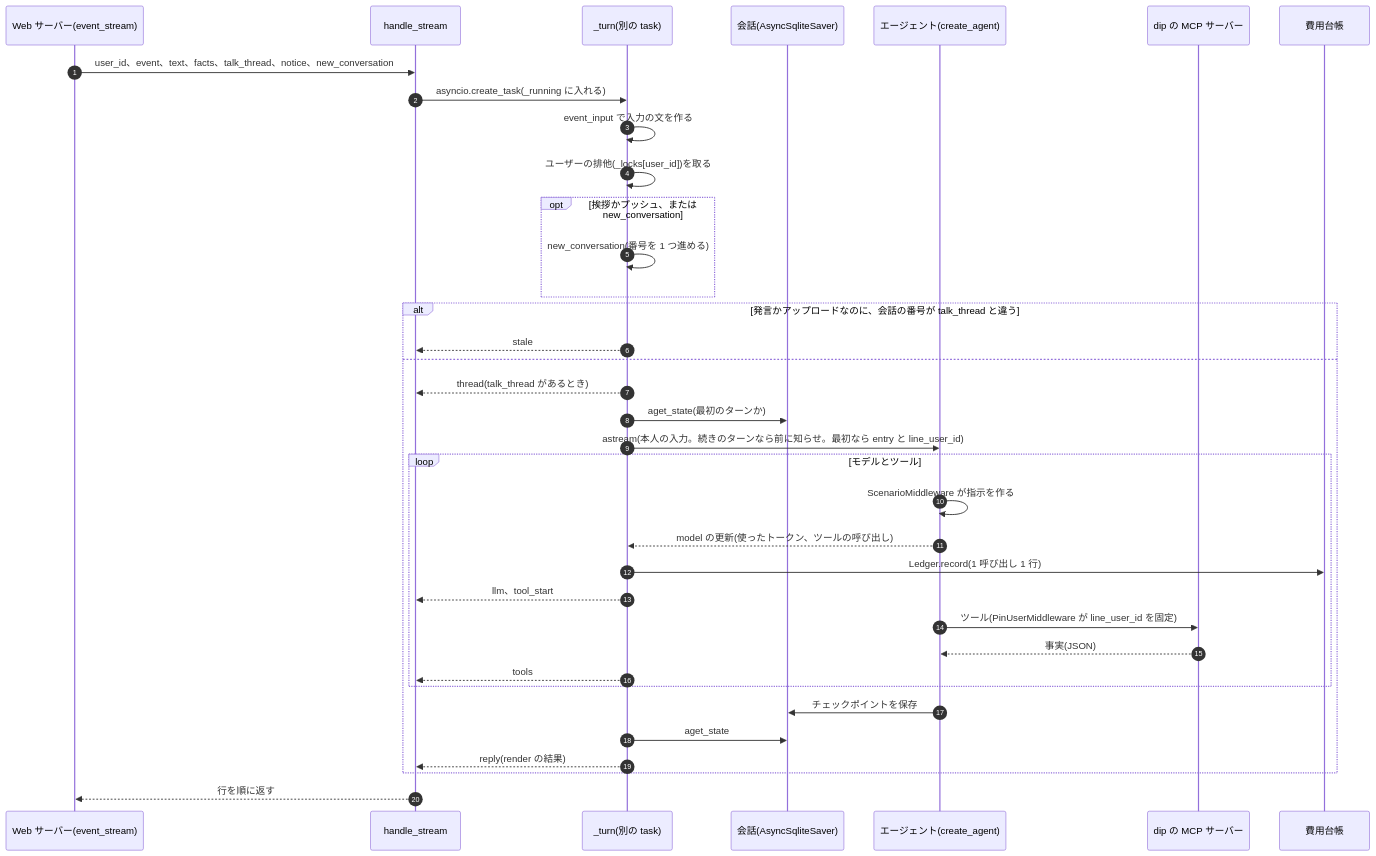
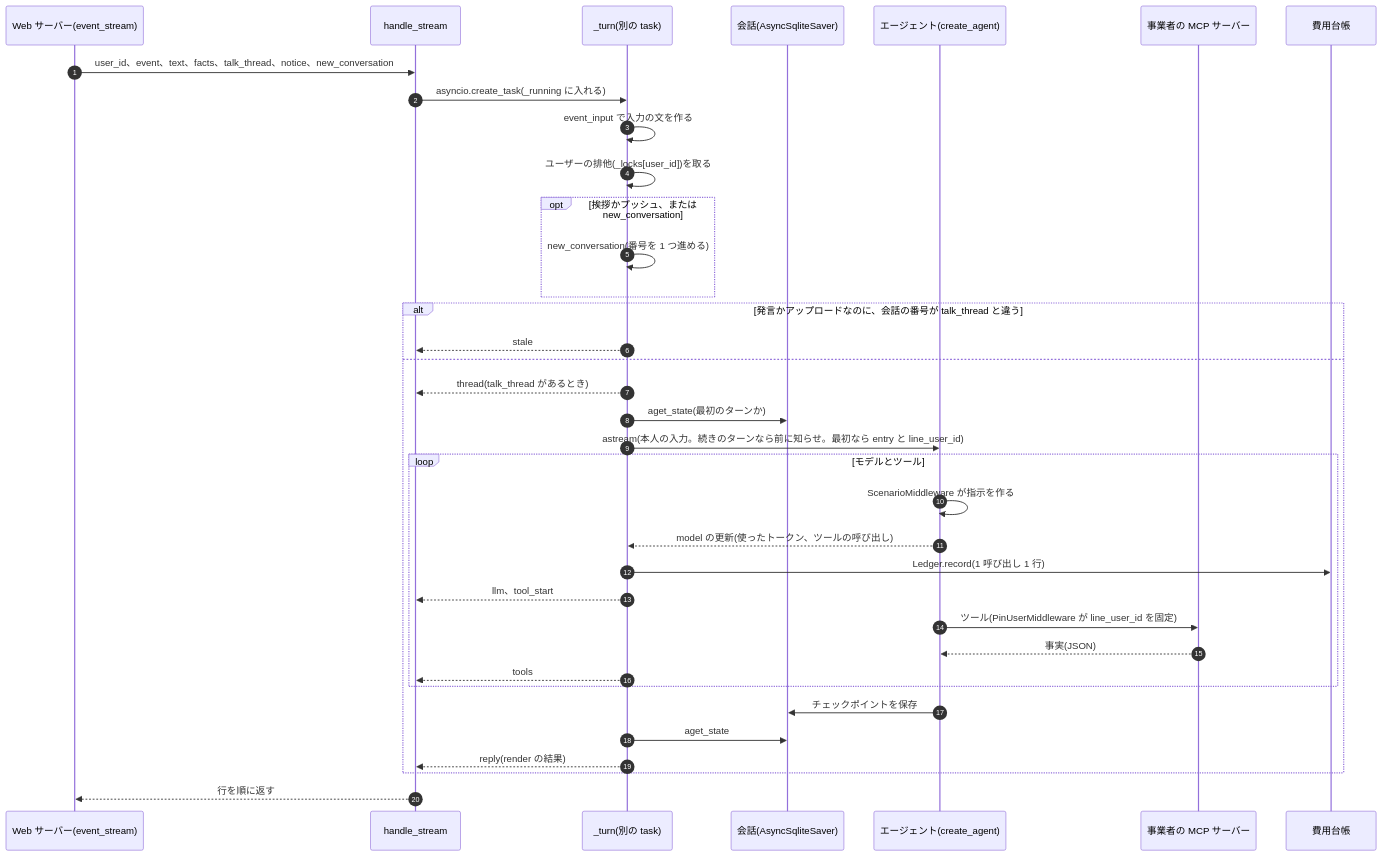
Before and after one commit to jyoka/aica: the fifth of 12 diagrams in docs/architecture/lld.md, drawn with Mermaid. The commit also changed other lines of this file and 51 other files, not shown here.

````diff
--- a/docs/architecture/lld.md
+++ b/docs/architecture/lld.md
@@ -793,39 +793,39 @@
 ```mermaid
 sequenceDiagram
     autonumber
     participant S as Web サーバー(event_stream)
     participant H as handle_stream
     participant T as _turn(別の task)
     participant C as 会話(AsyncSqliteSaver)
     participant G as エージェント(create_agent)
-    participant D as dip の MCP サーバー
+    participant D as 事業者の MCP サーバー
     participant L as 費用台帳
 
     S->>H: user_id、event、text、facts、talk_thread、notice、new_conversation
     H->>T: asyncio.create_task(_running に入れる)
     T->>T: event_input で入力の文を作る
     T->>T: ユーザーの排他(_locks[user_id])を取る
     opt 挨拶かプッシュ、または new_conversation
         T->>T: new_conversation(番号を 1 つ進める)
     end
     alt 発言かアップロードなのに、会話の番号が talk_thread と違う
         T-->>H: stale
     else
         T-->>H: thread(talk_thread があるとき)
         T->>C: aget_state(最初のターンか)
         T->>G: astream(本人の入力。続きのターンなら前に知らせ。最初なら entry と line_user_id)
         loop モデルとツール
             G->>G: ScenarioMiddleware が指示を作る
             G-->>T: model の更新(使ったトークン、ツールの呼び出し)
             T->>L: Ledger.record(1 呼び出し 1 行)
             T-->>H: llm、tool_start
             G->>D: ツール(PinUserMiddleware が line_user_id を固定)
             D-->>G: 事実(JSON)
             T-->>H: tools
         end
         G->>C: チェックポイントを保存
         T->>C: aget_state
         T-->>H: reply(render の結果)
     end
     H-->>S: 行を順に返す
 ```
````
